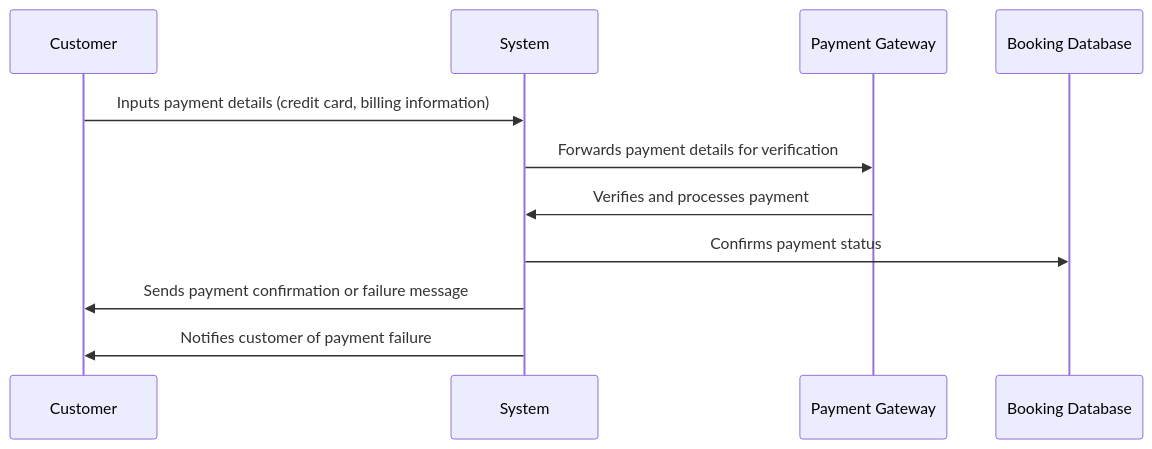
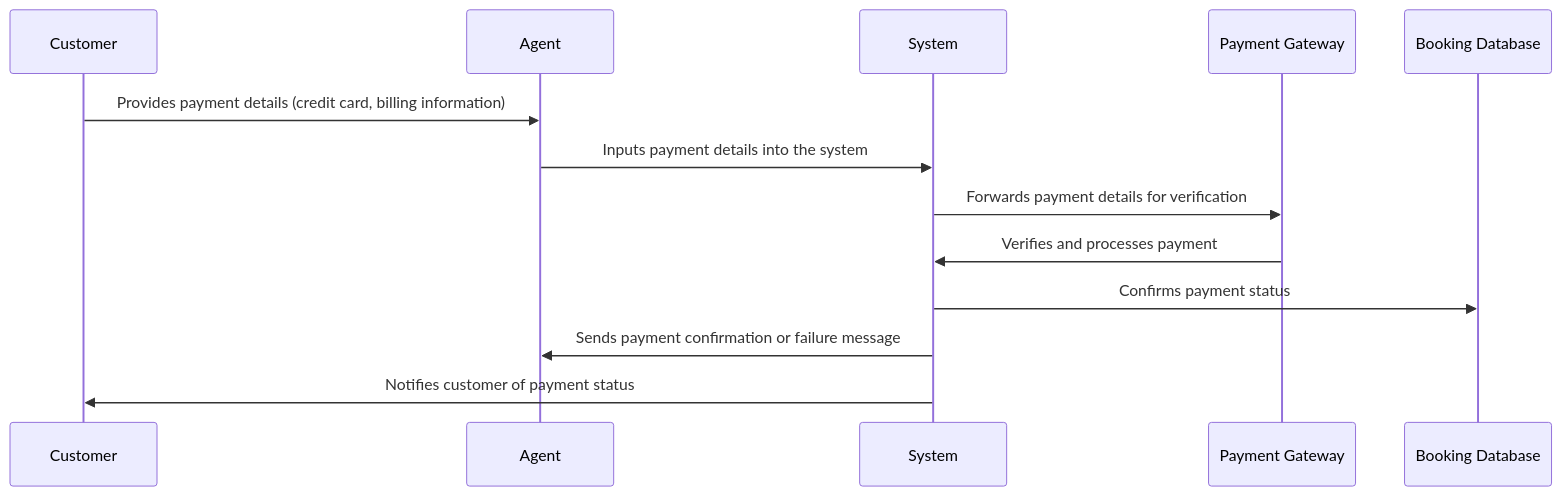
One commit to asa-holland/cpsc541-SysSWStandsReqs changed the ninth of 17 diagrams in Diagrams.md. Above: the diagram before and after it, drawn with Mermaid. The commit also changed other lines of this file, not shown here.

````diff
--- a/Diagrams.md
+++ b/Diagrams.md
@@ -373,15 +373,16 @@
 ```mermaid
 sequenceDiagram
     participant C as Customer
+    participant A as Agent
     participant S as System
     participant PG as Payment Gateway
     participant BD as Booking Database
 
-    C->>S: Inputs payment details (credit card, billing information)
+    C->>A: Provides payment details (credit card, billing information)
+    A->>S: Inputs payment details into the system
     S->>PG: Forwards payment details for verification
     PG->>S: Verifies and processes payment
     S->>BD: Confirms payment status
-    S->>C: Sends payment confirmation or failure message
-    S->>C: Notifies customer of payment failure
-
+    S->>A: Sends payment confirmation or failure message
+    S->>C: Notifies customer of payment status
 ```
````
